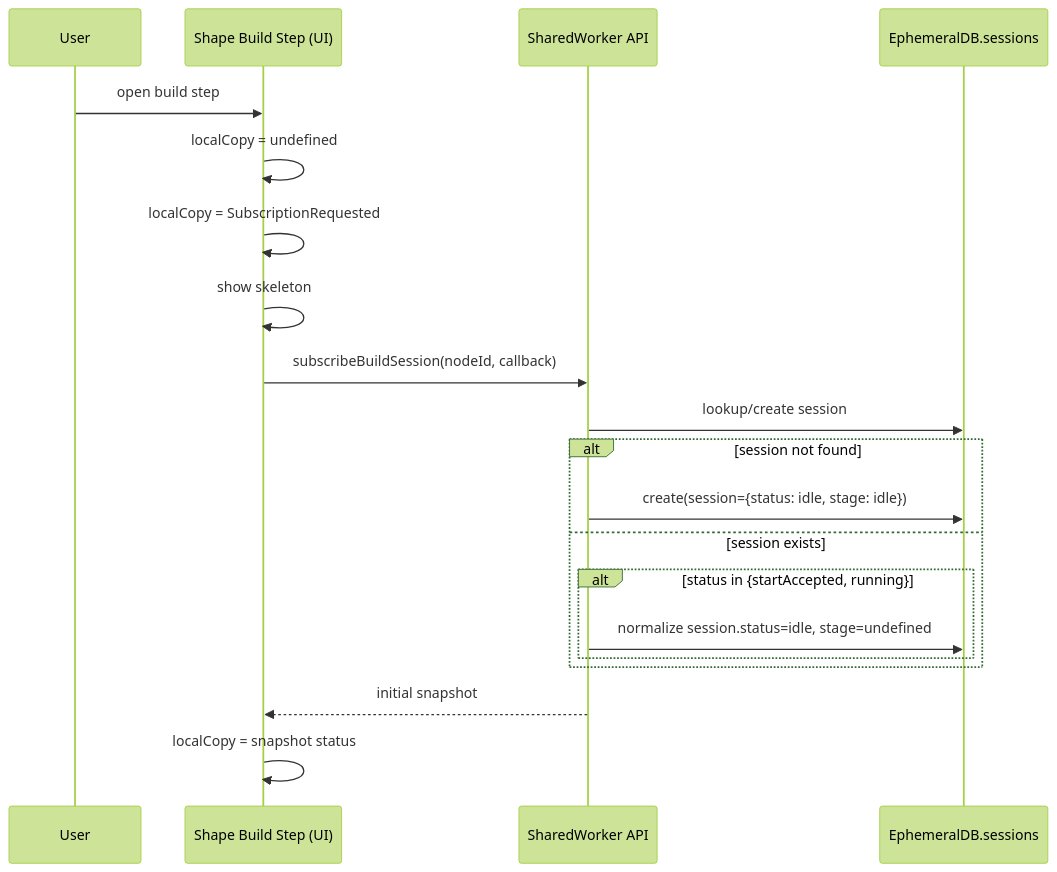
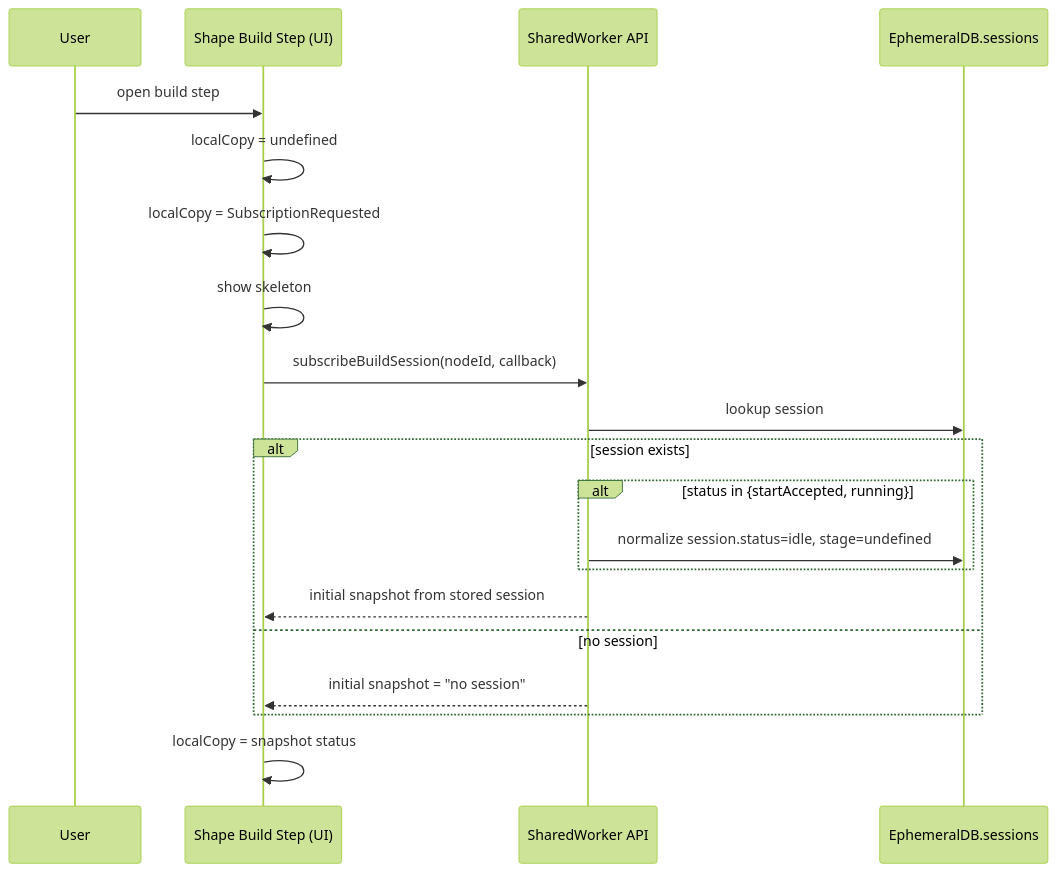
The first of 3 diagrams in plugins/shape-plugin/docs/DIALOG_FLOW_AND_STATE_TRANSITIONS.md (kubohiroya/hierarchidb), drawn with Mermaid (forest theme) before and after one commit. The commit also changed 2 other files, not shown here.

Commit message:
docs(build-session): align init and progress sequencing spec

````diff
--- a/plugins/shape-plugin/docs/DIALOG_FLOW_AND_STATE_TRANSITIONS.md
+++ b/plugins/shape-plugin/docs/DIALOG_FLOW_AND_STATE_TRANSITIONS.md
@@ -42,23 +42,23 @@
 ```mermaid
 sequenceDiagram
   participant U as User
   participant UI as Shape Build Step (UI)
   participant BO as SharedWorker API
   participant DB as EphemeralDB.sessions
 
   U->>UI: open build step
   UI->>UI: localCopy = undefined
   UI->>UI: localCopy = SubscriptionRequested
   UI->>UI: show skeleton
   UI->>BO: subscribeBuildSession(nodeId, callback)
-  BO->>DB: lookup/create session
-  alt session not found
-    BO->>DB: create(session={status: idle, stage: idle})
-  else session exists
+  BO->>DB: lookup session
+  alt session exists
     alt status in {startAccepted, running}
       BO->>DB: normalize session.status=idle, stage=undefined
     end
+    BO-->>UI: initial snapshot from stored session
+  else no session
+    BO-->>UI: initial snapshot = "no session"
   end
-  BO-->>UI: initial snapshot
   UI->>UI: localCopy = snapshot status
 ```
````
